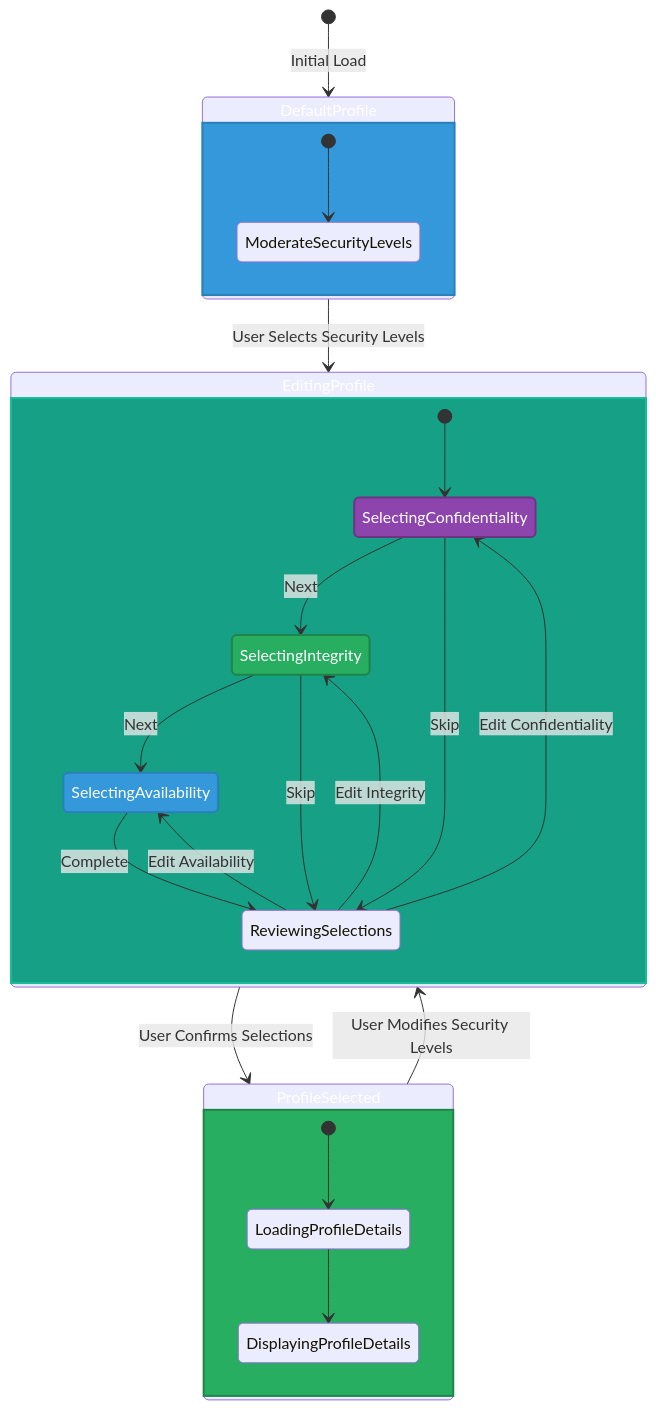
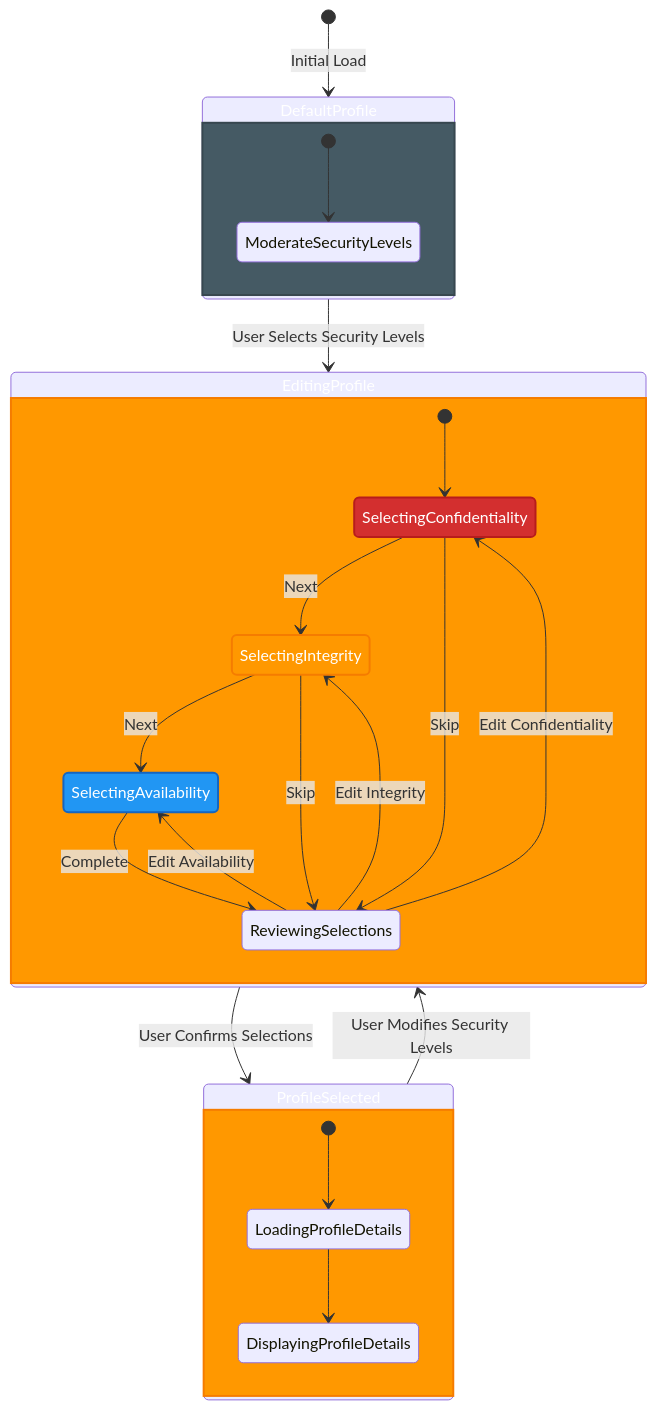
Before and after one commit to Hack23/cia-compliance-manager: diagram 11 of 11 in docs/architecture/STATEDIAGRAM.md, drawn with Mermaid. The commit also changed other lines of this file and 18 other files, not shown here.

First line of the commit message:
style: update all classDef colors to ISMS style guide palette and fix quadrant charts

````diff
--- a/docs/architecture/STATEDIAGRAM.md
+++ b/docs/architecture/STATEDIAGRAM.md
@@ -983,47 +983,47 @@
 ```mermaid
 stateDiagram-v2
     [*] --> DefaultProfile: Initial Load
     
     state DefaultProfile {
         [*] --> ModerateSecurityLevels
     }
     
     DefaultProfile --> EditingProfile: User Selects Security Levels
     
     state EditingProfile {
         [*] --> SelectingConfidentiality
         SelectingConfidentiality --> SelectingIntegrity: Next
         SelectingIntegrity --> SelectingAvailability: Next
         SelectingAvailability --> ReviewingSelections: Complete
         
         SelectingConfidentiality --> ReviewingSelections: Skip
         SelectingIntegrity --> ReviewingSelections: Skip
         
         ReviewingSelections --> SelectingConfidentiality: Edit Confidentiality
         ReviewingSelections --> SelectingIntegrity: Edit Integrity
         ReviewingSelections --> SelectingAvailability: Edit Availability
     }
     
     EditingProfile --> ProfileSelected: User Confirms Selections
     
     state ProfileSelected {
         [*] --> LoadingProfileDetails
         LoadingProfileDetails --> DisplayingProfileDetails
     }
     
     ProfileSelected --> EditingProfile: User Modifies Security Levels
     
-    classDef defaultState fill:#3498db,stroke:#2980b9,stroke-width:2px,color:white
-    classDef editing fill:#16a085,stroke:#1abc9c,stroke-width:2px,color:white
-    classDef selected fill:#27ae60,stroke:#1e8449,stroke-width:2px,color:white
-    classDef confidentiality fill:#8e44ad,stroke:#6c3483,stroke-width:2px,color:white
-    classDef integrity fill:#27ae60,stroke:#1e8449,stroke-width:2px,color:white
-    classDef availability fill:#3498db,stroke:#2980b9,stroke-width:2px,color:white
+    classDef defaultState fill:#455A64,stroke:#37474F,stroke-width:2px,color:#ffffff
+    classDef editing fill:#FF9800,stroke:#F57C00,stroke-width:2px,color:#ffffff
+    classDef selected fill:#FF9800,stroke:#F57C00,stroke-width:2px,color:#ffffff
+    classDef confidentiality fill:#D32F2F,stroke:#B71C1C,stroke-width:2px,color:#ffffff
+    classDef integrity fill:#FF9800,stroke:#F57C00,stroke-width:2px,color:#ffffff
+    classDef availability fill:#2196F3,stroke:#1565C0,stroke-width:2px,color:#ffffff
     
     class DefaultProfile defaultState
     class EditingProfile editing
     class ProfileSelected selected
     class SelectingConfidentiality confidentiality
     class SelectingIntegrity integrity
     class SelectingAvailability availability
 ```
````
